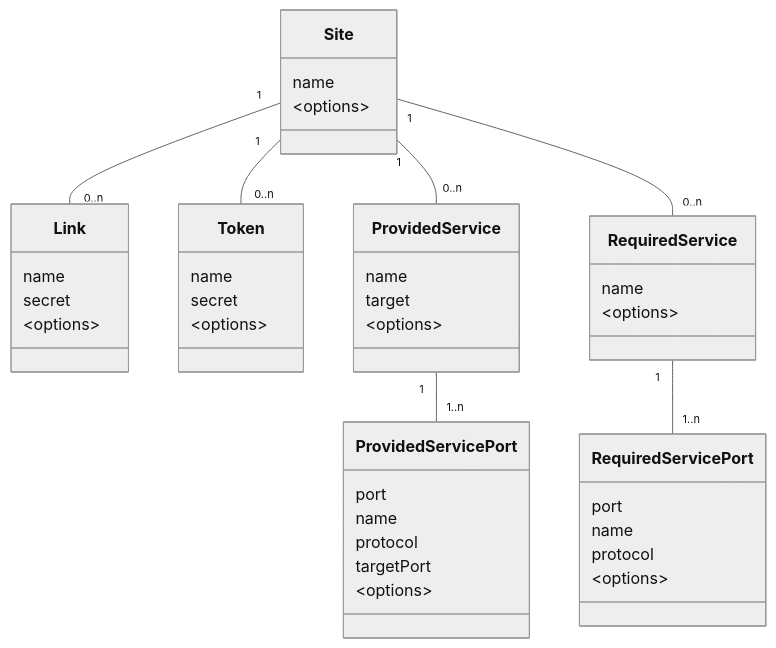
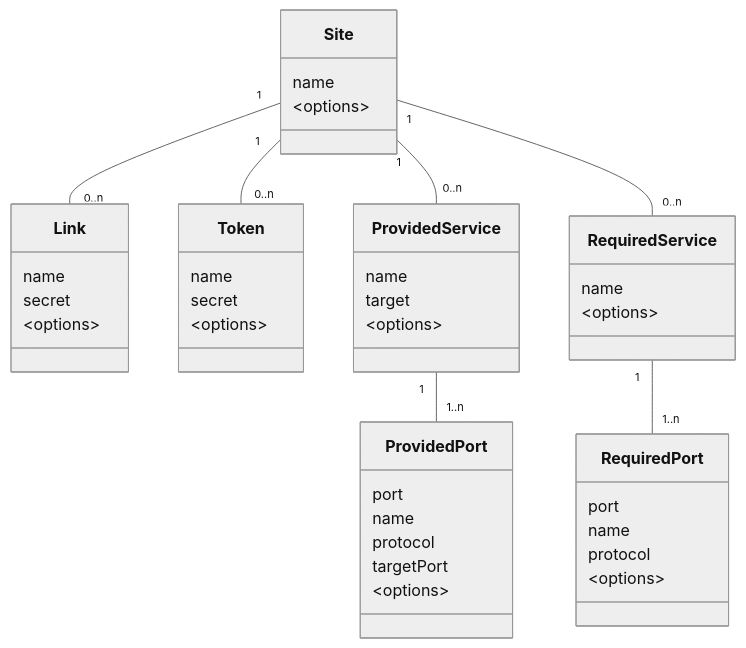
The diagram in images/model.mermaid (skupperproject/refdog), drawn with Mermaid before and after one commit. The commit also changed 8 other files, not shown here.

```diff
--- a/images/model.mermaid
+++ b/images/model.mermaid
@@ -1,45 +1,46 @@
 %%{init: {'theme': 'neutral', 'fontFamily': 'Noto Sans'}}%%
 
 classDiagram
+    direction TB
     Site "1" -- "0..n" Link
     Site "1" -- "0..n" Token
     Site "1" -- "0..n" ProvidedService
     Site "1" -- "0..n" RequiredService
-    ProvidedService "1" -- "1..n" ProvidedServicePort
-    RequiredService "1" -- "1..n" RequiredServicePort
+    ProvidedService "1" -- "1..n" ProvidedPort
+    RequiredService "1" -- "1..n" RequiredPort
     class Site {
         name
         &lt;options&gt;
     }
     class Link {
         name
         secret
         &lt;options&gt;
     }
     class Token {
         name
         secret
         &lt;options&gt;
     }
     class ProvidedService {
         name
         target
         &lt;options&gt;
     }
-    class ProvidedServicePort {
+    class ProvidedPort {
         port
         name
         protocol
         targetPort
         &lt;options&gt;
     }
     class RequiredService {
         name
         &lt;options&gt;
     }
-    class RequiredServicePort {
+    class RequiredPort {
         port
         name
         protocol
         &lt;options&gt;
     }
```
